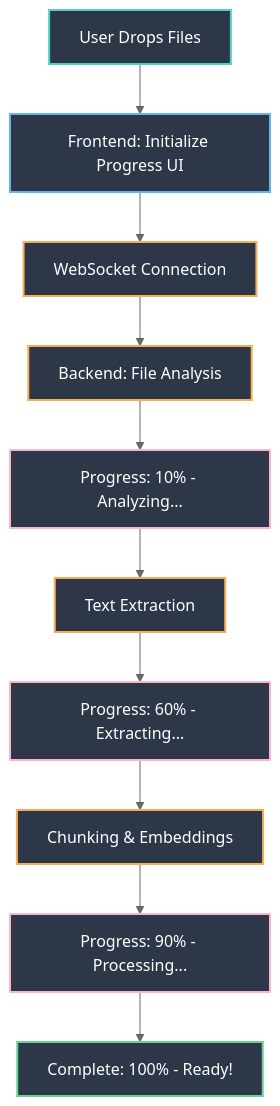
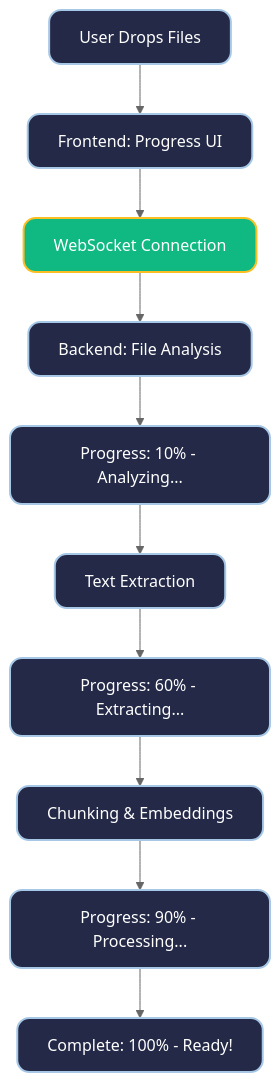
The second of 3 diagrams in README.md (narenallam/chatbot), drawn with Mermaid (neutral theme) before and after one commit. The commit also changed other lines of this file and 4 other files, not shown here.

````diff
--- a/README.md
+++ b/README.md
@@ -53,23 +81,14 @@
 ```mermaid
-graph TD
-    A["User Drops Files"] --> B["Frontend: Initialize Progress UI"]
-    B --> C["WebSocket Connection"]
-    C --> D["Backend: File Analysis"]
-    D --> E["Progress: 10% - Analyzing..."]
-    E --> F["Text Extraction"]
-    F --> G["Progress: 60% - Extracting..."]
-    G --> H["Chunking & Embeddings"]
-    H --> I["Progress: 90% - Processing..."]
-    I --> J["Complete: 100% - Ready!"]
-    
-    style A fill:#2d3748,stroke:#4fd1c7,stroke-width:2px,color:#ffffff
-    style B fill:#2d3748,stroke:#63b3ed,stroke-width:2px,color:#ffffff
-    style C fill:#2d3748,stroke:#f6ad55,stroke-width:2px,color:#ffffff
-    style D fill:#2d3748,stroke:#f6ad55,stroke-width:2px,color:#ffffff
-    style E fill:#2d3748,stroke:#fbb6ce,stroke-width:2px,color:#ffffff
-    style F fill:#2d3748,stroke:#f6ad55,stroke-width:2px,color:#ffffff
-    style G fill:#2d3748,stroke:#fbb6ce,stroke-width:2px,color:#ffffff
-    style H fill:#2d3748,stroke:#f6ad55,stroke-width:2px,color:#ffffff
-    style I fill:#2d3748,stroke:#fbb6ce,stroke-width:2px,color:#ffffff
-    style J fill:#2d3748,stroke:#68d391,stroke-width:2px,color:#ffffff
+flowchart TD
+  classDef rounded fill:#232946,stroke:#a7c7e7,stroke-width:2px,color:#fff,rx:12,ry:12;
+  classDef ws fill:#10b981,stroke:#fbbf24,stroke-width:2px,color:#fff,rx:12,ry:12;
+  A["User Drops Files"]:::rounded --> B["Frontend: Progress UI"]:::rounded
+  B --> C["WebSocket Connection"]:::ws
+  C --> D["Backend: File Analysis"]:::rounded
+  D --> E["Progress: 10% - Analyzing..."]:::rounded
+  E --> F["Text Extraction"]:::rounded
+  F --> G["Progress: 60% - Extracting..."]:::rounded
+  G --> H["Chunking & Embeddings"]:::rounded
+  H --> I["Progress: 90% - Processing..."]:::rounded
+  I --> J["Complete: 100% - Ready!"]:::rounded
 ```
````
